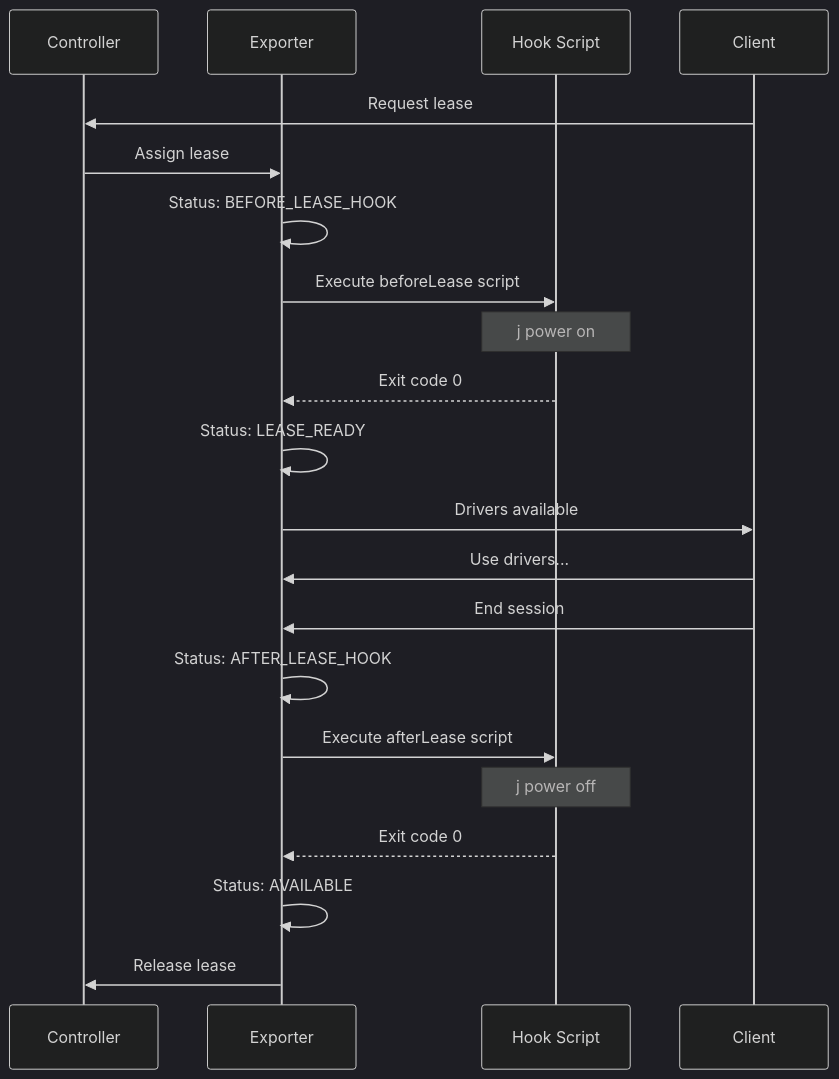
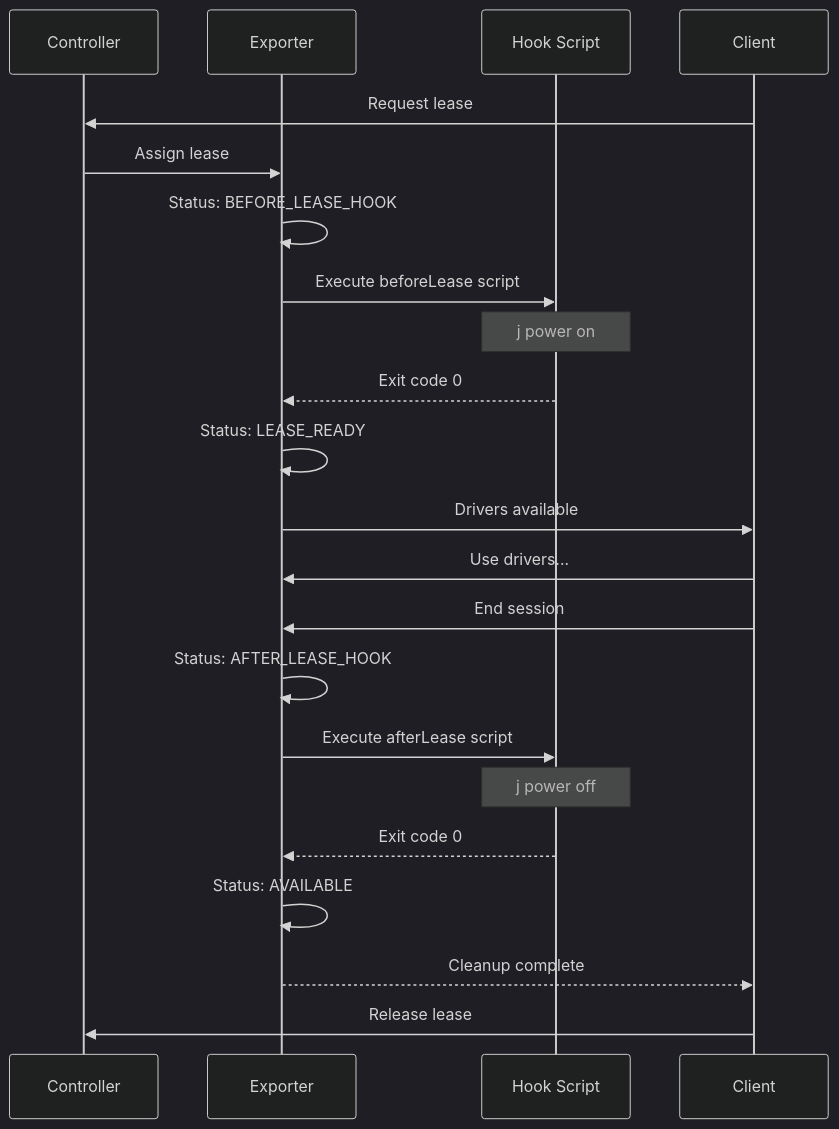
The diagram in docs/source/introduction/hooks.md (jumpstarter-dev/jumpstarter), drawn with Mermaid (dark theme) before and after one commit. The commit also changed other lines of this file and 8 other files, not shown here.

First line of the commit message:
fix: keep lease release out of exporter lifecycle

````diff
--- a/docs/source/introduction/hooks.md
+++ b/docs/source/introduction/hooks.md
@@ -23,24 +23,25 @@
 ```{mermaid}
 sequenceDiagram
     participant Controller
     participant Exporter
     participant Hook as Hook Script
     participant Client
 
     Client->>Controller: Request lease
     Controller->>Exporter: Assign lease
     Exporter->>Exporter: Status: BEFORE_LEASE_HOOK
     Exporter->>Hook: Execute beforeLease script
     Note over Hook: j power on
     Hook-->>Exporter: Exit code 0
     Exporter->>Exporter: Status: LEASE_READY
     Exporter->>Client: Drivers available
     Client->>Exporter: Use drivers...
     Client->>Exporter: End session
     Exporter->>Exporter: Status: AFTER_LEASE_HOOK
     Exporter->>Hook: Execute afterLease script
     Note over Hook: j power off
     Hook-->>Exporter: Exit code 0
     Exporter->>Exporter: Status: AVAILABLE
-    Exporter->>Controller: Release lease
+    Exporter-->>Client: Cleanup complete
+    Client->>Controller: Release lease
 ```
````
